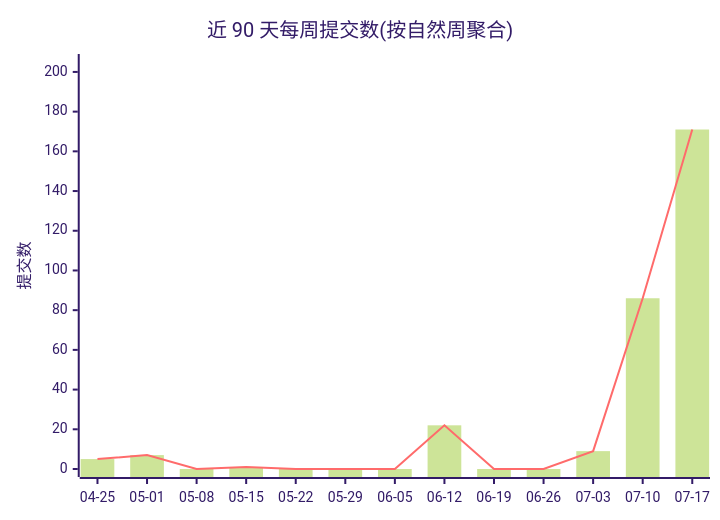
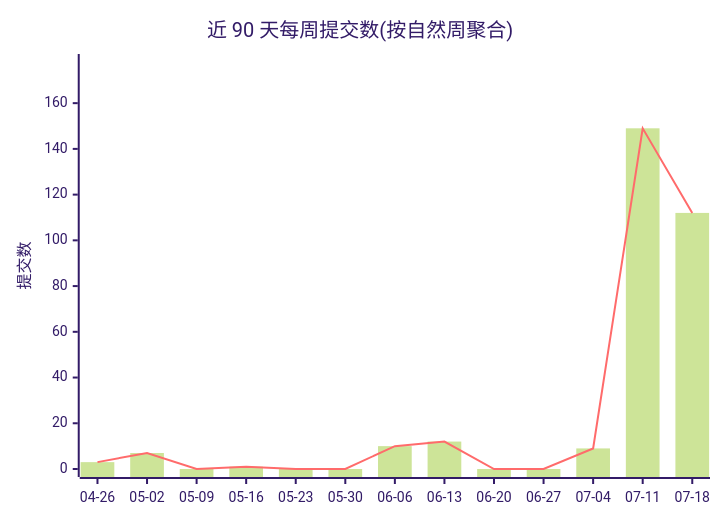
Before and after one commit to Conflux-Union/.github: the first of 2 diagrams in profile/README.md, drawn with Mermaid (forest theme). The commit also changed other lines of this file and 1 other file, not shown here.

````diff
--- a/profile/README.md
+++ b/profile/README.md
@@ -44,8 +44,8 @@
 ```mermaid
 xychart-beta
     title "近 90 天每周提交数(按自然周聚合)"
-    x-axis ["04-25", "05-01", "05-08", "05-15", "05-22", "05-29", "06-05", "06-12", "06-19", "06-26", "07-03", "07-10", "07-17"]
-    y-axis "提交数" 0 --> 205
-    bar [5, 7, 0, 1, 0, 0, 0, 22, 0, 0, 9, 86, 171]
-    line [5, 7, 0, 1, 0, 0, 0, 22, 0, 0, 9, 86, 171]
+    x-axis ["04-26", "05-02", "05-09", "05-16", "05-23", "05-30", "06-06", "06-13", "06-20", "06-27", "07-04", "07-11", "07-18"]
+    y-axis "提交数" 0 --> 178
+    bar [3, 7, 0, 1, 0, 0, 10, 12, 0, 0, 9, 149, 112]
+    line [3, 7, 0, 1, 0, 0, 10, 12, 0, 0, 9, 149, 112]
 ```
````
